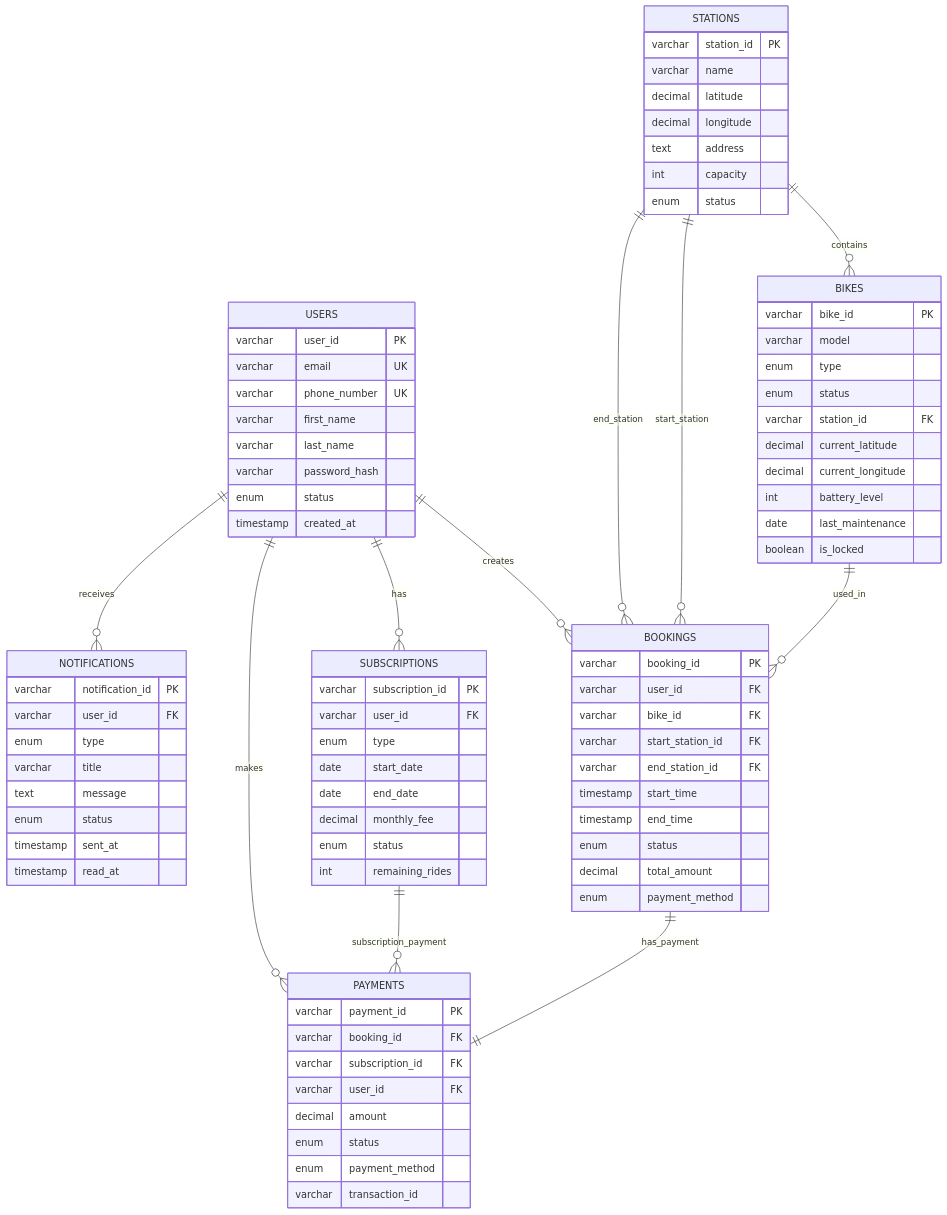
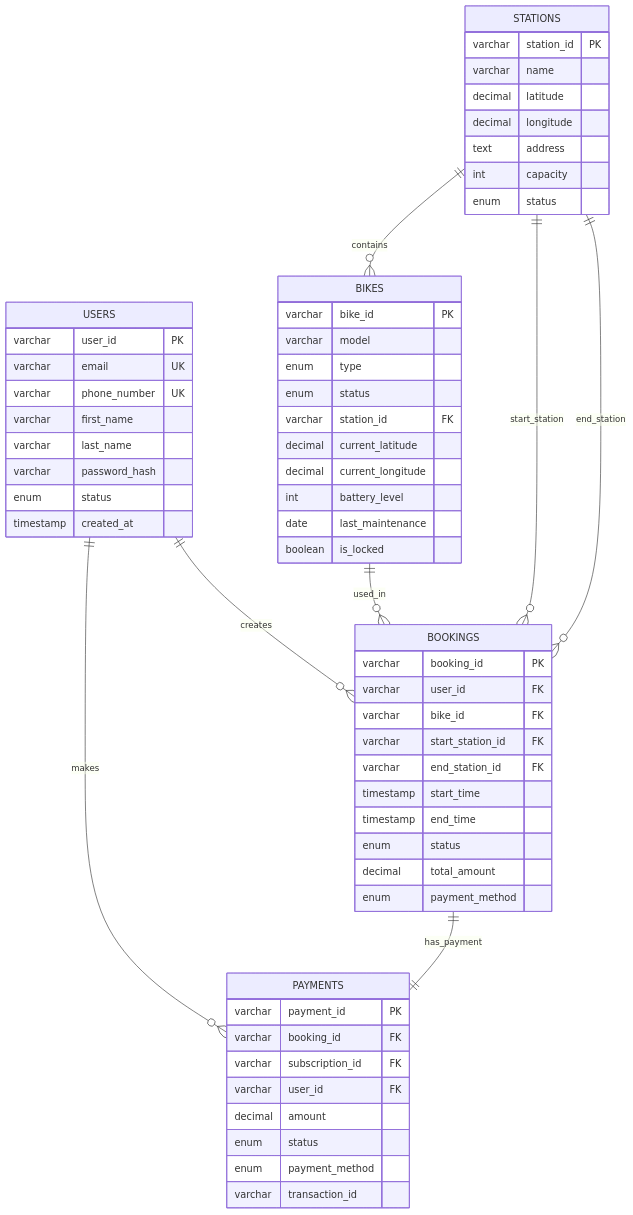
Before and after one commit to tunaynovruz/kodmod: the third of 10 diagrams in docs/4.sistem-dizayn/2.suallar/1.bike-rental.md, drawn with Mermaid. The commit also changed other lines of this file and 3 other files, not shown here.

Commit message:
duzelish: bike-rental diagram elave olundu

````diff
--- a/docs/4.sistem-dizayn/2.suallar/1.bike-rental.md
+++ b/docs/4.sistem-dizayn/2.suallar/1.bike-rental.md
@@ -471,36 +384,36 @@
         varchar transaction_id
     }
     
-    SUBSCRIPTIONS {
-        varchar subscription_id PK
-        varchar user_id FK
-        enum type
-        date start_date
-        date end_date
-        decimal monthly_fee
-        enum status
-        int remaining_rides
-    }
-    
-    NOTIFICATIONS {
-        varchar notification_id PK
-        varchar user_id FK
-        enum type
-        varchar title
-        text message
-        enum status
-        timestamp sent_at
-        timestamp read_at
-    }
+%%    SUBSCRIPTIONS {
+%%        varchar subscription_id PK
+%%        varchar user_id FK
+%%        enum type
+%%        date start_date
+%%        date end_date
+%%        decimal monthly_fee
+%%        enum status
+%%        int remaining_rides
+%%    }
+%%    
+%%    NOTIFICATIONS {
+%%        varchar notification_id PK
+%%        varchar user_id FK
+%%        enum type
+%%        varchar title
+%%        text message
+%%        enum status
+%%        timestamp sent_at
+%%        timestamp read_at
+%%    }
     
     USERS ||--o{ BOOKINGS : creates
-    USERS ||--o{ SUBSCRIPTIONS : has
+%%    USERS ||--o{ SUBSCRIPTIONS : has
     USERS ||--o{ PAYMENTS : makes
-    USERS ||--o{ NOTIFICATIONS : receives
+%%    USERS ||--o{ NOTIFICATIONS : receives
     STATIONS ||--o{ BIKES : contains
     BIKES ||--o{ BOOKINGS : used_in
     BOOKINGS ||--|| PAYMENTS : has_payment
-    SUBSCRIPTIONS ||--o{ PAYMENTS : subscription_payment
+%%    SUBSCRIPTIONS ||--o{ PAYMENTS : subscription_payment
     STATIONS ||--o{ BOOKINGS : start_station
     STATIONS ||--o{ BOOKINGS : end_station
 ```
````
